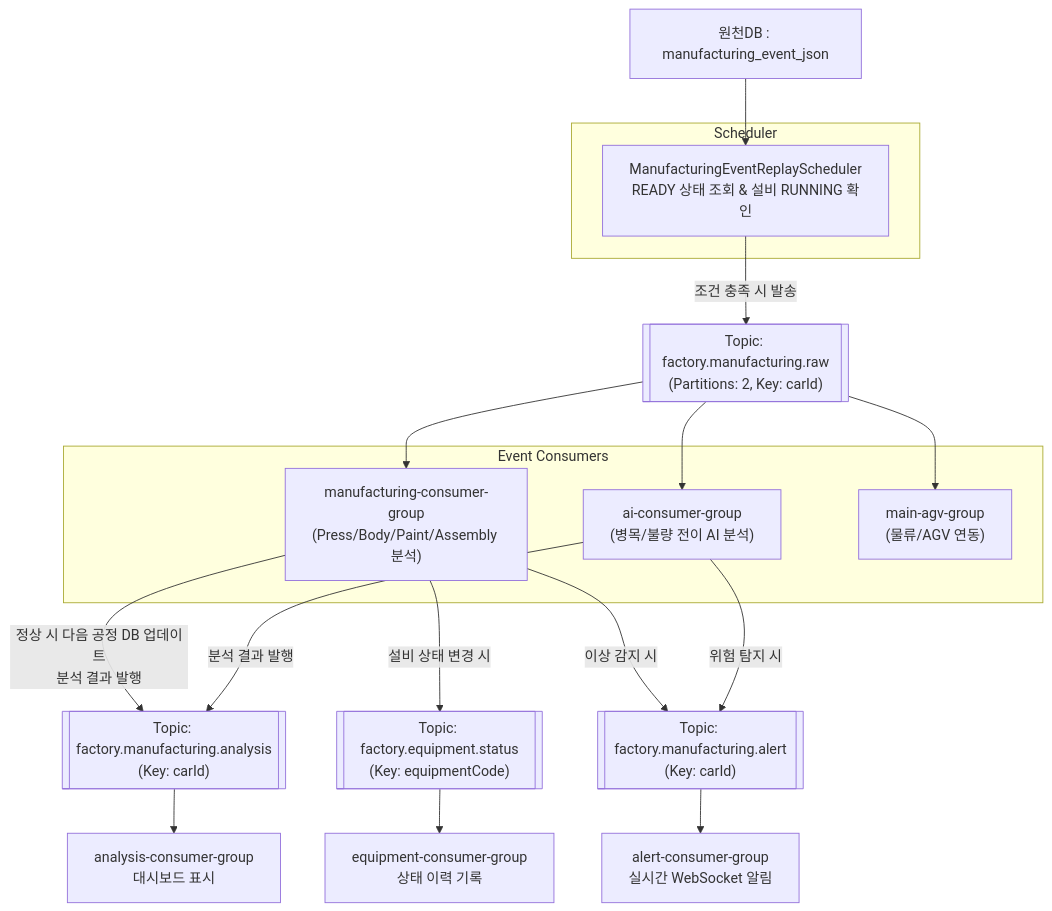
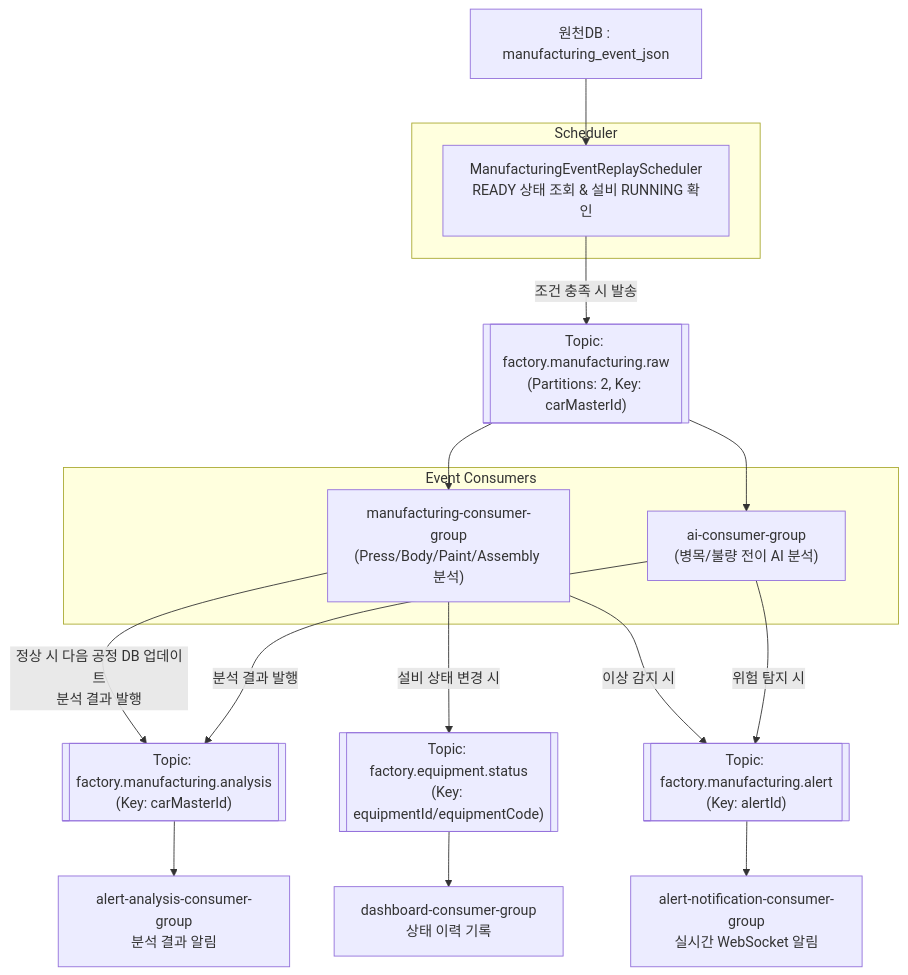
The diagram in README.md (SK-Rookies-AIMS/assembly-service), drawn with Mermaid before and after one commit. The commit also changed other lines of this file, not shown here.

````diff
--- a/README.md
+++ b/README.md
@@ -145,43 +145,40 @@
 ```mermaid
 flowchart TD
     DB[원천DB : manufacturing_event_json]
 
     subgraph SCHEDULER [Scheduler]
         REPLAY[ManufacturingEventReplayScheduler<br/>READY 상태 조회 & 설비 RUNNING 확인]
     end
 
-    RAW_TOPIC[["Topic: factory.manufacturing.raw<br/>(Partitions: 2, Key: carId)"]]
+    RAW_TOPIC[["Topic: factory.manufacturing.raw<br/>(Partitions: 2, Key: carMasterId)"]]
 
     subgraph CONSUMERS [Event Consumers]
         MANUFACTURING_CG["manufacturing-consumer-group<br/>(Press/Body/Paint/Assembly 분석)"]
         AI_CG["ai-consumer-group<br/>(병목/불량 전이 AI 분석)"]
-        AGV_CG["main-agv-group<br/>(물류/AGV 연동)"]
     end
 
-    ANALYSIS_TOPIC[["Topic: factory.manufacturing.analysis<br/>(Key: carId)"]]
-    EQUIPMENT_TOPIC[["Topic: factory.equipment.status<br/>(Key: equipmentCode)"]]
-    ALERT_TOPIC[["Topic: factory.manufacturing.alert<br/>(Key: carId)"]]
+    ANALYSIS_TOPIC[["Topic: factory.manufacturing.analysis<br/>(Key: carMasterId)"]]
+    EQUIPMENT_TOPIC[["Topic: factory.equipment.status<br/>(Key: equipmentId/equipmentCode)"]]
+    ALERT_TOPIC[["Topic: factory.manufacturing.alert<br/>(Key: alertId)"]]
 
-    ANALYSIS_CG["analysis-consumer-group<br/>대시보드 표시"]
-    EQUIPMENT_CG["equipment-consumer-group<br/>상태 이력 기록"]
-    ALERT_CG["alert-consumer-group<br/>실시간 WebSocket 알림"]
+    ANALYSIS_CG["alert-analysis-consumer-group<br/>분석 결과 알림"]
+    EQUIPMENT_CG["dashboard-consumer-group<br/>상태 이력 기록"]
+    ALERT_CG["alert-notification-consumer-group<br/>실시간 WebSocket 알림"]
 
     DB --> REPLAY
     REPLAY -->|조건 충족 시 발송| RAW_TOPIC
 
     RAW_TOPIC --> MANUFACTURING_CG
     RAW_TOPIC --> AI_CG
-    RAW_TOPIC --> AGV_CG
-
     MANUFACTURING_CG -->|정상 시 다음 공정 DB 업데이트<br/>분석 결과 발행| ANALYSIS_TOPIC
     AI_CG -->|분석 결과 발행| ANALYSIS_TOPIC
 
     ANALYSIS_TOPIC --> ANALYSIS_CG
 
     MANUFACTURING_CG -->|설비 상태 변경 시| EQUIPMENT_TOPIC
     EQUIPMENT_TOPIC --> EQUIPMENT_CG
 
     MANUFACTURING_CG -->|이상 감지 시| ALERT_TOPIC
     AI_CG -->|위험 탐지 시| ALERT_TOPIC
     ALERT_TOPIC --> ALERT_CG
 ```
````
